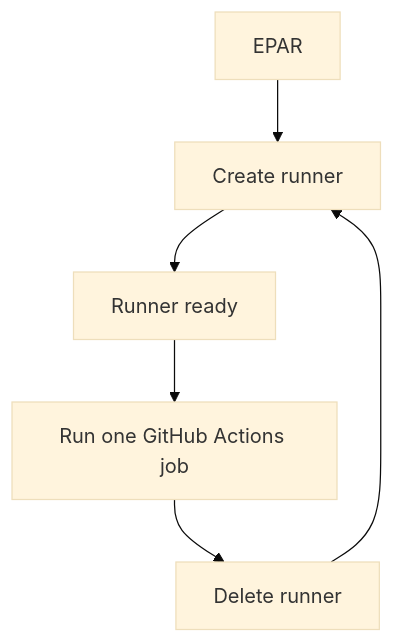
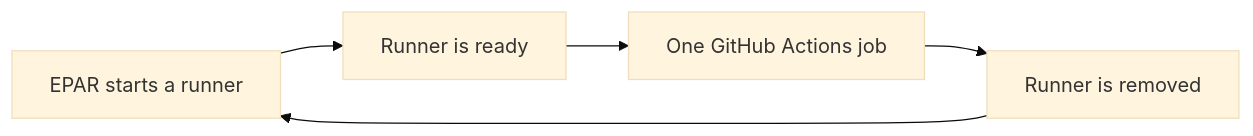
The diagram in README.md (solutionforest/ephemeral-action-runner), drawn with Mermaid (base theme) before and after one commit. The commit also changed other lines of this file and 27 other files, not shown here.

````diff
--- a/README.md
+++ b/README.md
@@ -9,8 +7,7 @@
 ```mermaid
-flowchart TB
-  EPAR["EPAR"] --> Create["Create runner"]
-  Create --> Ready["Runner ready"]
-  Ready --> Job["Run one GitHub Actions job"]
-  Job --> Delete["Delete runner"]
-  Delete --> Create
+flowchart LR
+  Start["EPAR starts a runner"] --> Ready["Runner is ready"]
+  Ready --> Job["One GitHub Actions job"]
+  Job --> Remove["Runner is removed"]
+  Remove --> Start
 ```
````
